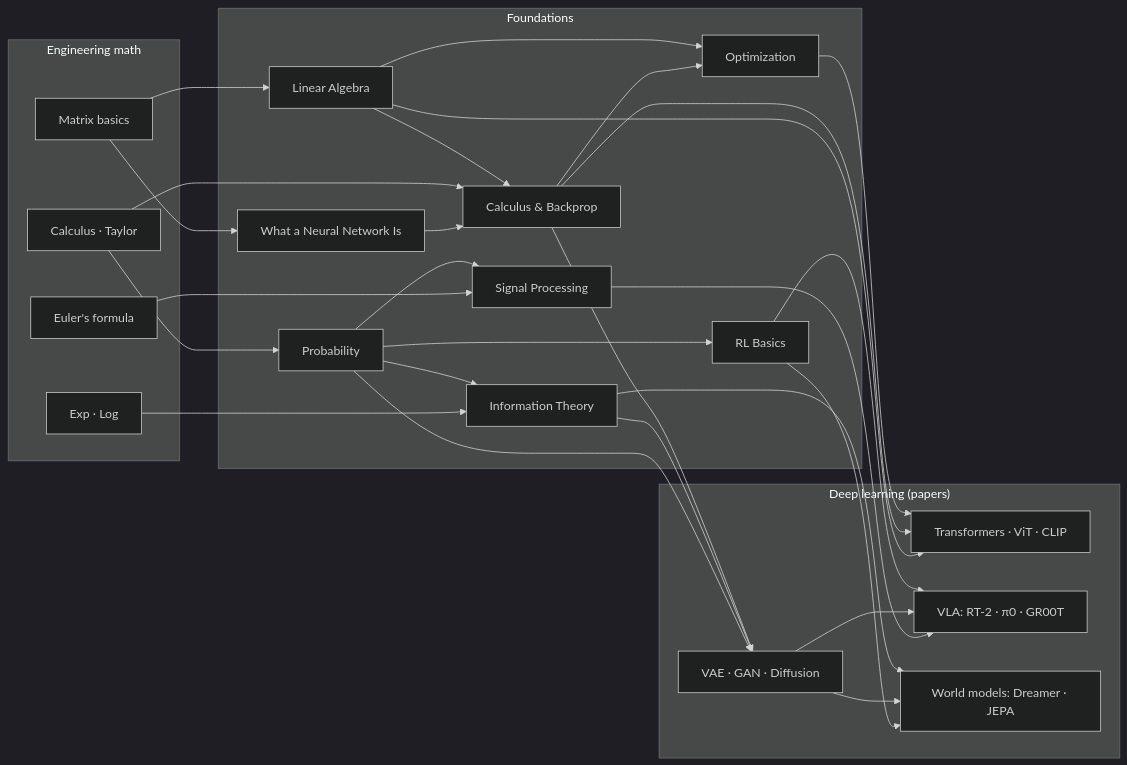
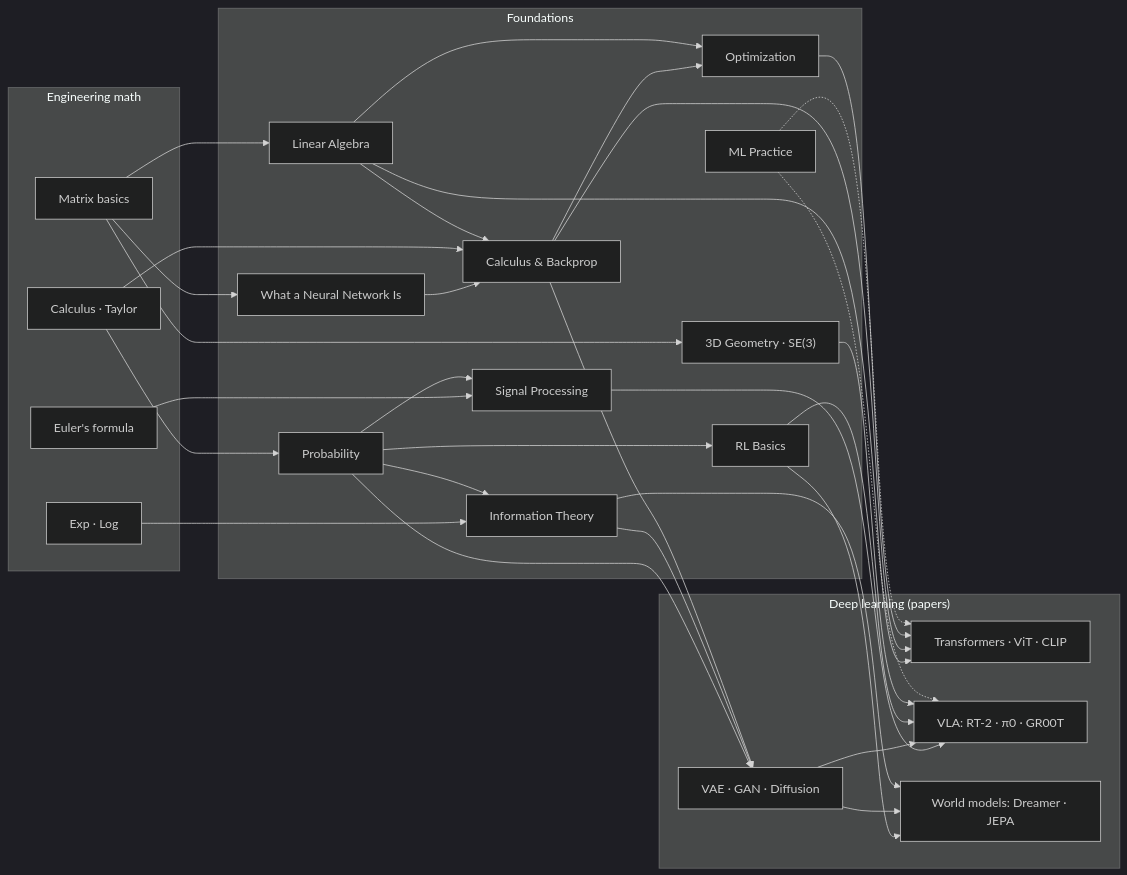
Before and after one commit to jiseop-byeon/phd-wiki: the first of 2 diagrams in content/02-foundations/overview.md, drawn with Mermaid (dark theme). The commit also changed other lines of this file and 10 other files, not shown here.

````diff
--- a/content/02-foundations/overview.md
+++ b/content/02-foundations/overview.md
@@ -50,49 +50,55 @@
 ```mermaid
 graph LR
     subgraph M["Engineering math"]
     CALC["Calculus · Taylor"]
     MAT["Matrix basics"]
     EUL["Euler's formula"]
     LOG["Exp · Log"]
     end
     subgraph F["Foundations"]
     LA["Linear Algebra"]
     NN["What a Neural Network Is"]
     CB["Calculus & Backprop"]
     PR["Probability"]
     OPT["Optimization"]
     IT["Information Theory"]
     SP["Signal Processing"]
     RL["RL Basics"]
+    SE["3D Geometry · SE(3)"]
+    MLP["ML Practice"]
     end
     subgraph D["Deep learning (papers)"]
     TF["Transformers · ViT · CLIP"]
     GEN["VAE · GAN · Diffusion"]
     VLA["VLA: RT-2 · π0 · GR00T"]
     WM["World models: Dreamer · JEPA"]
     end
     MAT --> LA
     MAT --> NN
     NN --> CB
     CALC --> CB
     CALC --> PR
     EUL --> SP
     LOG --> IT
     LA --> CB --> OPT
     LA --> OPT
     PR --> IT
     PR --> RL
     PR --> SP
     LA --> TF
     CB --> TF
     OPT --> TF
     PR --> GEN
     IT --> GEN
     CB --> GEN
     SP --> VLA
     GEN --> VLA
     RL --> VLA
     RL --> WM
     GEN --> WM
     IT --> WM
+    MAT --> SE
+    SE --> VLA
+    MLP -.-> TF
+    MLP -.-> VLA
 ```
````
